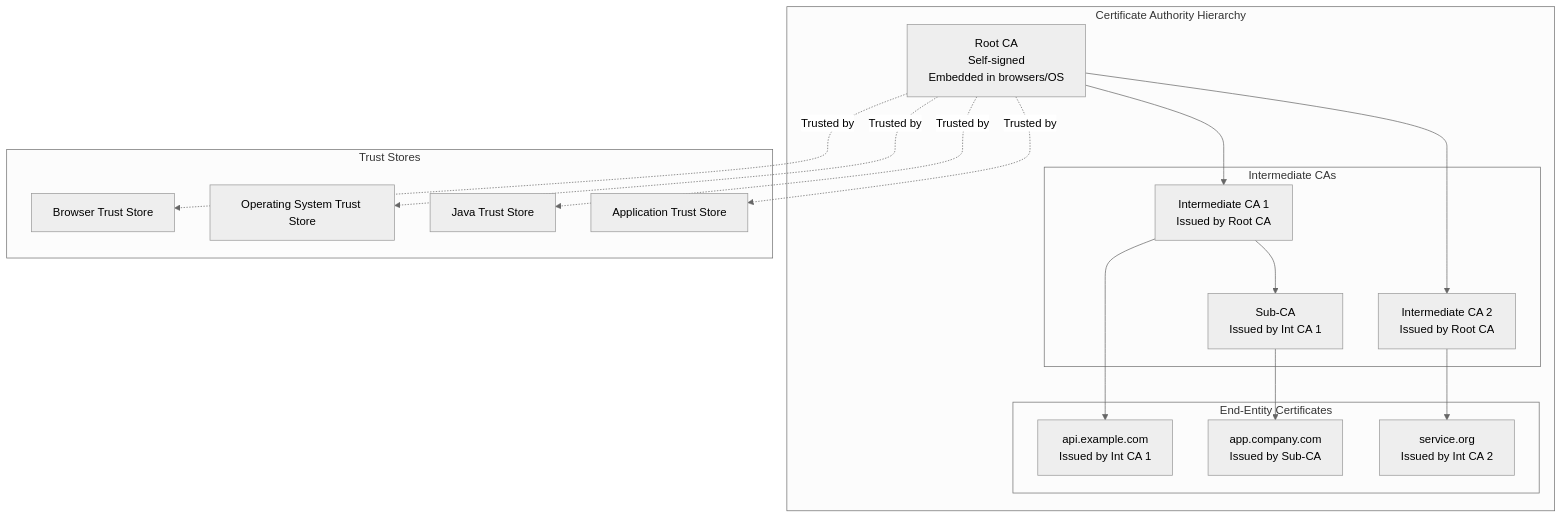
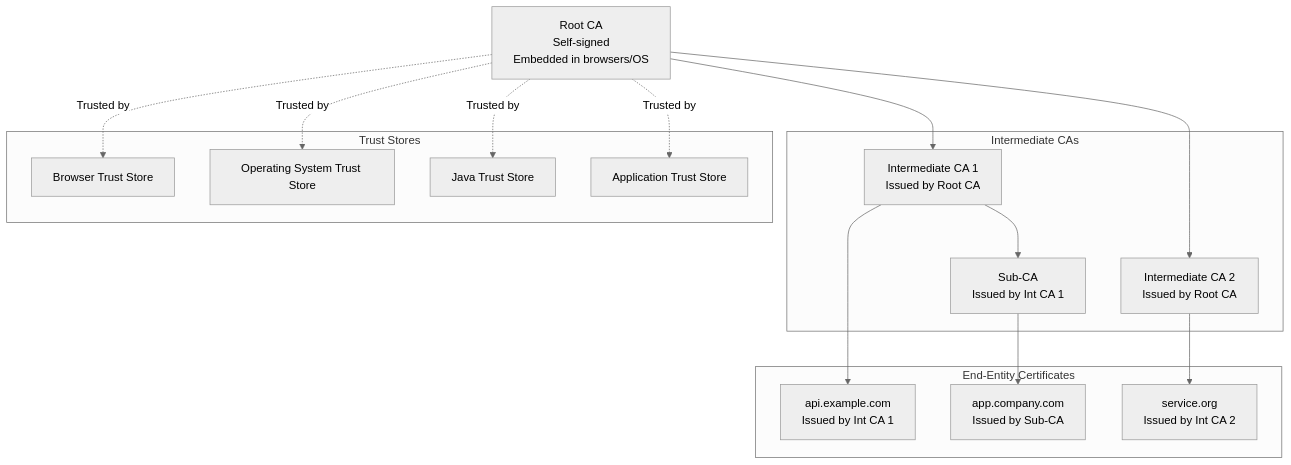
One commit to nitinkc/nitinkc.github.io changed the seventh of 15 diagrams in _posts/microservices/2025-09-22-ssl-certificates-keystores-complete-guide.md. Above: the diagram before and after it, drawn with Mermaid (neutral theme). The commit also changed other lines of this file and 13 other files, not shown here.

Commit message:
mermaid diagram corrections

````diff
--- a/_posts/microservices/2025-09-22-ssl-certificates-keystores-complete-guide.md
+++ b/_posts/microservices/2025-09-22-ssl-certificates-keystores-complete-guide.md
@@ -303,37 +303,35 @@
 ```mermaid
-graph TB
-    subgraph "Certificate Authority Hierarchy"
-        ROOT[Root CA<br/>Self-signed<br/>Embedded in browsers/OS]
+flowchart TB
+    ROOT["Root CA<br/>Self-signed<br/>Embedded in browsers/OS"]
         
-        subgraph "Intermediate CAs"
-            INT1[Intermediate CA 1<br/>Issued by Root CA]
-            INT2[Intermediate CA 2<br/>Issued by Root CA]
-            SUB1[Sub-CA<br/>Issued by Int CA 1]
-        end
-        
-        subgraph "End-Entity Certificates"
-            WEB1[api.example.com<br/>Issued by Int CA 1]
-            WEB2[app.company.com<br/>Issued by Sub-CA]
-            WEB3[service.org<br/>Issued by Int CA 2]
-        end
+    subgraph IntermediateCAs ["Intermediate CAs"]
+        INT1["Intermediate CA 1<br/>Issued by Root CA"]
+        INT2["Intermediate CA 2<br/>Issued by Root CA"]
+        SUB1["Sub-CA<br/>Issued by Int CA 1"]
+    end
+    
+    subgraph EndEntity ["End-Entity Certificates"]
+        WEB1["api.example.com<br/>Issued by Int CA 1"]
+        WEB2["app.company.com<br/>Issued by Sub-CA"]
+        WEB3["service.org<br/>Issued by Int CA 2"]
     end
     
     ROOT --> INT1
     ROOT --> INT2
     INT1 --> SUB1
     INT1 --> WEB1
     SUB1 --> WEB2
     INT2 --> WEB3
     
-    subgraph "Trust Stores"
+    subgraph TrustStores ["Trust Stores"]
         BROWSER[Browser Trust Store]
         OS[Operating System Trust Store]
         JAVA[Java Trust Store]
         CUSTOM[Application Trust Store]
     end
     
     ROOT -.->|Trusted by| BROWSER
     ROOT -.->|Trusted by| OS
     ROOT -.->|Trusted by| JAVA
     ROOT -.->|Trusted by| CUSTOM
 ```
````
